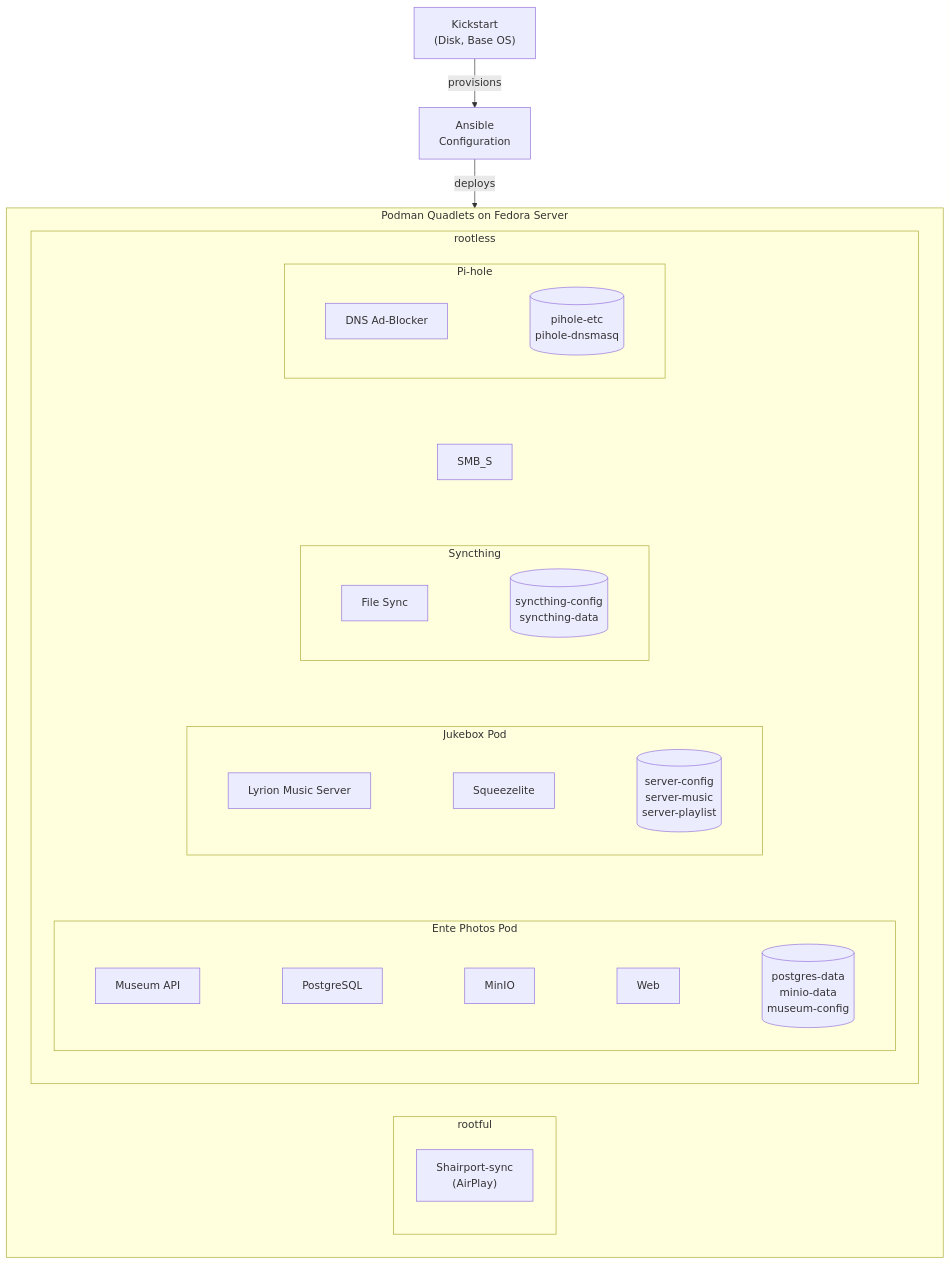
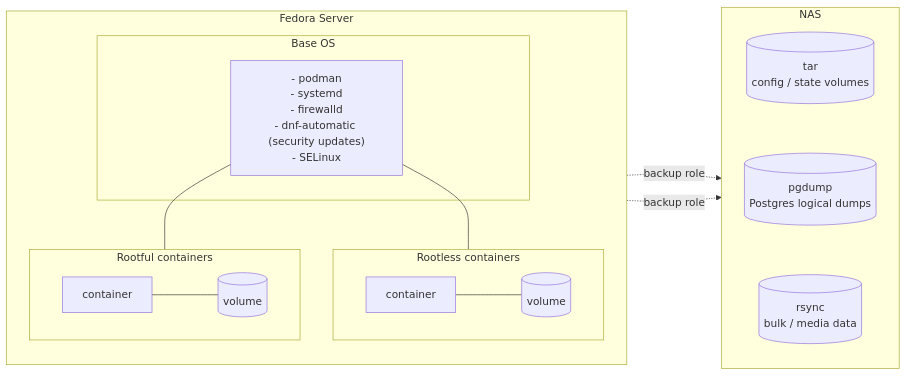
One commit to luckynrslevin/home-server changed the diagram in README.md. Above: the diagram before and after it, drawn with Mermaid. The commit also changed other lines of this file, not shown here.

First line of the commit message:
docs(readme): rework architecture diagram (#47)

````diff
--- a/README.md
+++ b/README.md
@@ -111,36 +32,35 @@
 ```mermaid
-graph TD
-    KS["Kickstart<br/>(Disk, Base OS)"] -->|provisions| ANS["Ansible<br/>Configuration"]
-    ANS -->|deploys| SERVICES
+graph LR
+    subgraph HOST["Fedora Server"]
+        direction TB
 
-    subgraph SERVICES["Podman Quadlets on Fedora Server"]
-
-        subgraph rootful
-            SH["Shairport-sync<br/>(AirPlay)"]
+        subgraph ROOTFUL["Rootful containers"]
+            direction LR
+            RFC["container"] --- RFV[("volume")]
         end
 
-        subgraph rootless
-            subgraph PH_S["Pi-hole"]
-                direction LR
-                PH["DNS Ad-Blocker"] ~~~ PH_V[("pihole-etc<br/>pihole-dnsmasq")]
-            end
+        subgraph ROOTLESS["Rootless containers"]
+            direction LR
+            RLC["container"] --- RLV[("volume")]
+        end
 
-            subgraph ST_S["Syncthing"]
-                direction LR
-                ST["File Sync"] ~~~ ST_V[("syncthing-config<br/>syncthing-data")]
-            end
+        subgraph OS["Base OS"]
+            KERNEL["`- podman
+- systemd
+- firewalld
+- dnf-automatic (security updates)
+- SELinux`"]
+        end
 
-            subgraph JB["Jukebox Pod"]
-                direction LR
-                LMS["Lyrion Music Server"] ~~~ SL["Squeezelite"] ~~~ JB_V[("server-config<br/>server-music<br/>server-playlist")]
-            end
+        KERNEL --- ROOTFUL
+        KERNEL --- ROOTLESS
+    end
 
-            subgraph EP["Ente Photos Pod"]
-                direction LR
-                MUS["Museum API"] ~~~ PG["PostgreSQL"] ~~~ MIN["MinIO"] ~~~ WEB["Web"] ~~~ EP_V[("postgres-data<br/>minio-data<br/>museum-config")]
-            end
+    subgraph NAS["NAS"]
+        direction TB
+        TAR[("tar<br/>config / state volumes")] ~~~ PGD[("pgdump<br/>Postgres logical dumps")] ~~~ RSY[("rsync<br/>bulk / media data")]
+    end
 
-            PH_S ~~~ SMB_S ~~~ ST_S ~~~ JB ~~~ EP
-        end
-    end
+    ROOTFUL -. "backup role" .-> NAS
+    ROOTLESS -. "backup role" .-> NAS
 ```
````
